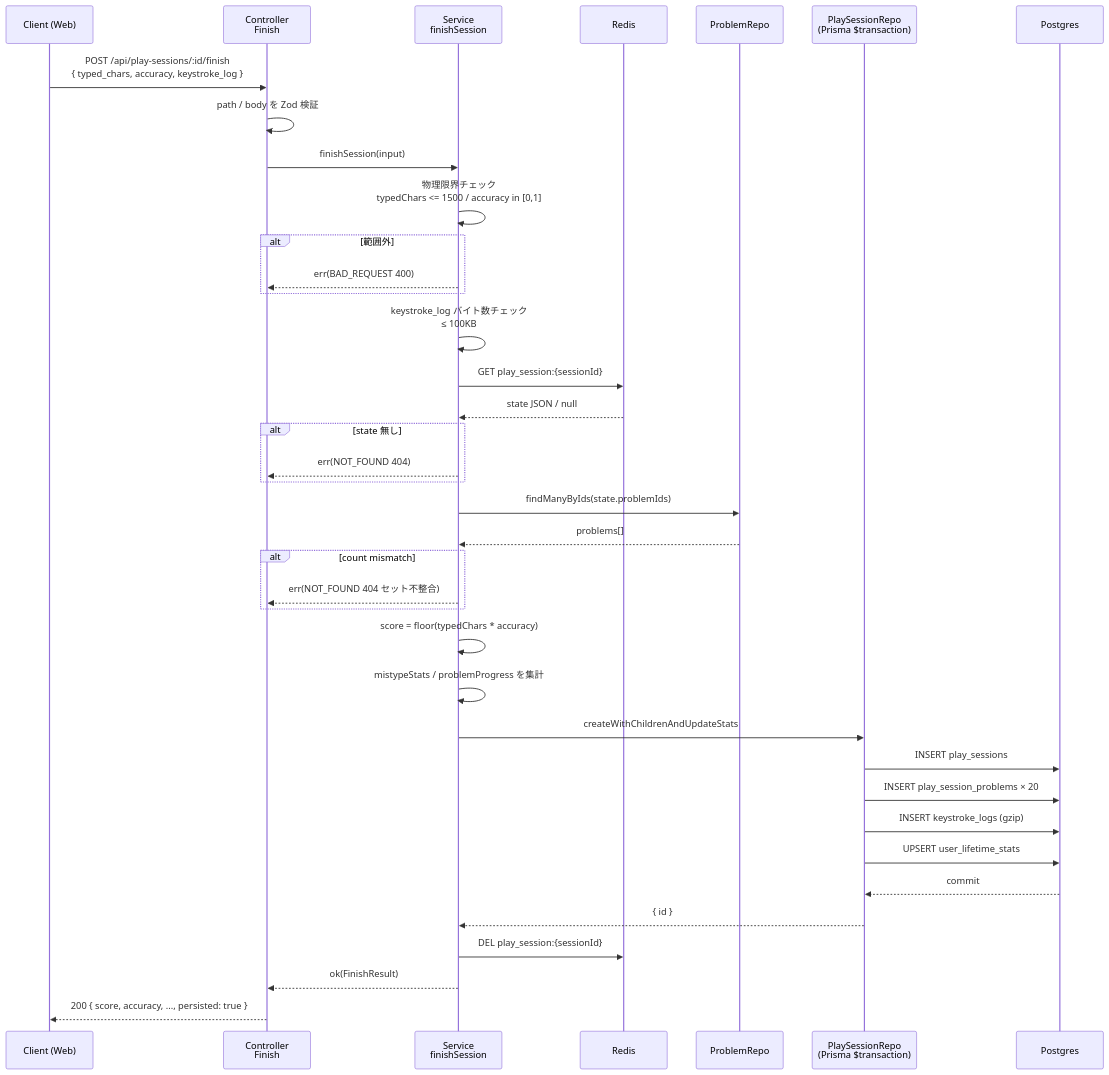
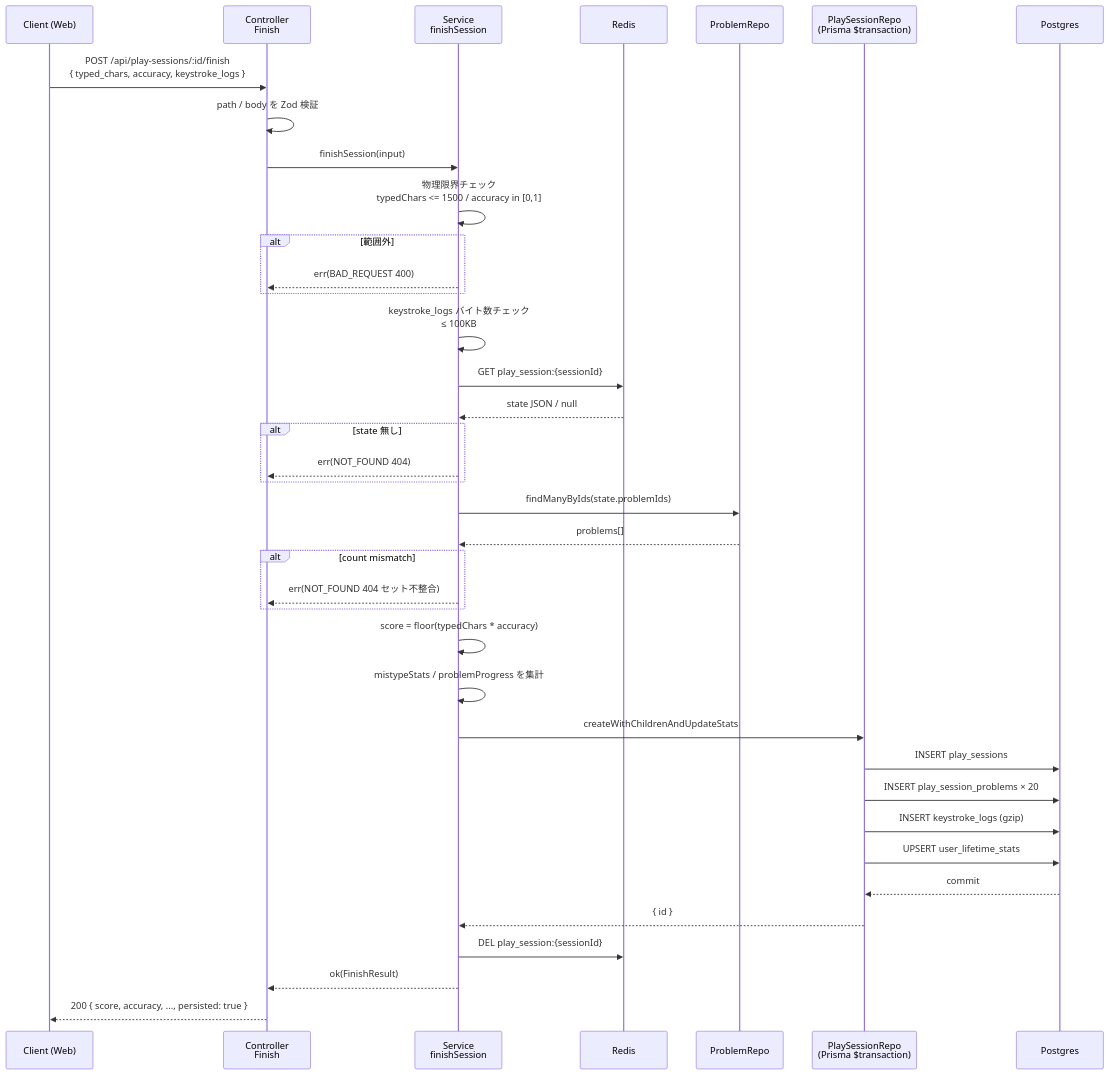
One commit to kentakki416/typing-royale changed the diagram in docs/spec/typing-engine/step3-api-finish-session.md. Above: the diagram before and after it, drawn with Mermaid. The commit also changed other lines of this file and 13 other files, not shown here.

First line of the commit message:
refactor(typing-engine): KeystrokeEntry のフィールド名を descriptive に / KeystrokeLog → KeystrokeLogs

````diff
--- a/docs/spec/typing-engine/step3-api-finish-session.md
+++ b/docs/spec/typing-engine/step3-api-finish-session.md
@@ -123,47 +123,47 @@
 ```mermaid
 sequenceDiagram
     participant C as Client (Web)
     participant Ctrl as Controller<br/>Finish
     participant Svc as Service<br/>finishSession
     participant R as Redis
     participant Prob as ProblemRepo
     participant Tx as PlaySessionRepo<br/>(Prisma $transaction)
     participant DB as Postgres
 
-    C->>Ctrl: POST /api/play-sessions/:id/finish<br/>{ typed_chars, accuracy, keystroke_log }
+    C->>Ctrl: POST /api/play-sessions/:id/finish<br/>{ typed_chars, accuracy, keystroke_logs }
     Ctrl->>Ctrl: path / body を Zod 検証
     Ctrl->>Svc: finishSession(input)
 
     Svc->>Svc: 物理限界チェック<br/>typedChars <= 1500 / accuracy in [0,1]
     alt 範囲外
         Svc-->>Ctrl: err(BAD_REQUEST 400)
     end
-    Svc->>Svc: keystroke_log バイト数チェック<br/>≤ 100KB
+    Svc->>Svc: keystroke_logs バイト数チェック<br/>≤ 100KB
 
     Svc->>R: GET play_session:{sessionId}
     R-->>Svc: state JSON / null
     alt state 無し
         Svc-->>Ctrl: err(NOT_FOUND 404)
     end
 
     Svc->>Prob: findManyByIds(state.problemIds)
     Prob-->>Svc: problems[]
     alt count mismatch
         Svc-->>Ctrl: err(NOT_FOUND 404 セット不整合)
     end
 
     Svc->>Svc: score = floor(typedChars * accuracy)
     Svc->>Svc: mistypeStats / problemProgress を集計
 
     Svc->>Tx: createWithChildrenAndUpdateStats
     Tx->>DB: INSERT play_sessions
     Tx->>DB: INSERT play_session_problems × 20
     Tx->>DB: INSERT keystroke_logs (gzip)
     Tx->>DB: UPSERT user_lifetime_stats
     DB-->>Tx: commit
     Tx-->>Svc: { id }
 
     Svc->>R: DEL play_session:{sessionId}
     Svc-->>Ctrl: ok(FinishResult)
     Ctrl-->>C: 200 { score, accuracy, ..., persisted: true }
 ```
````
